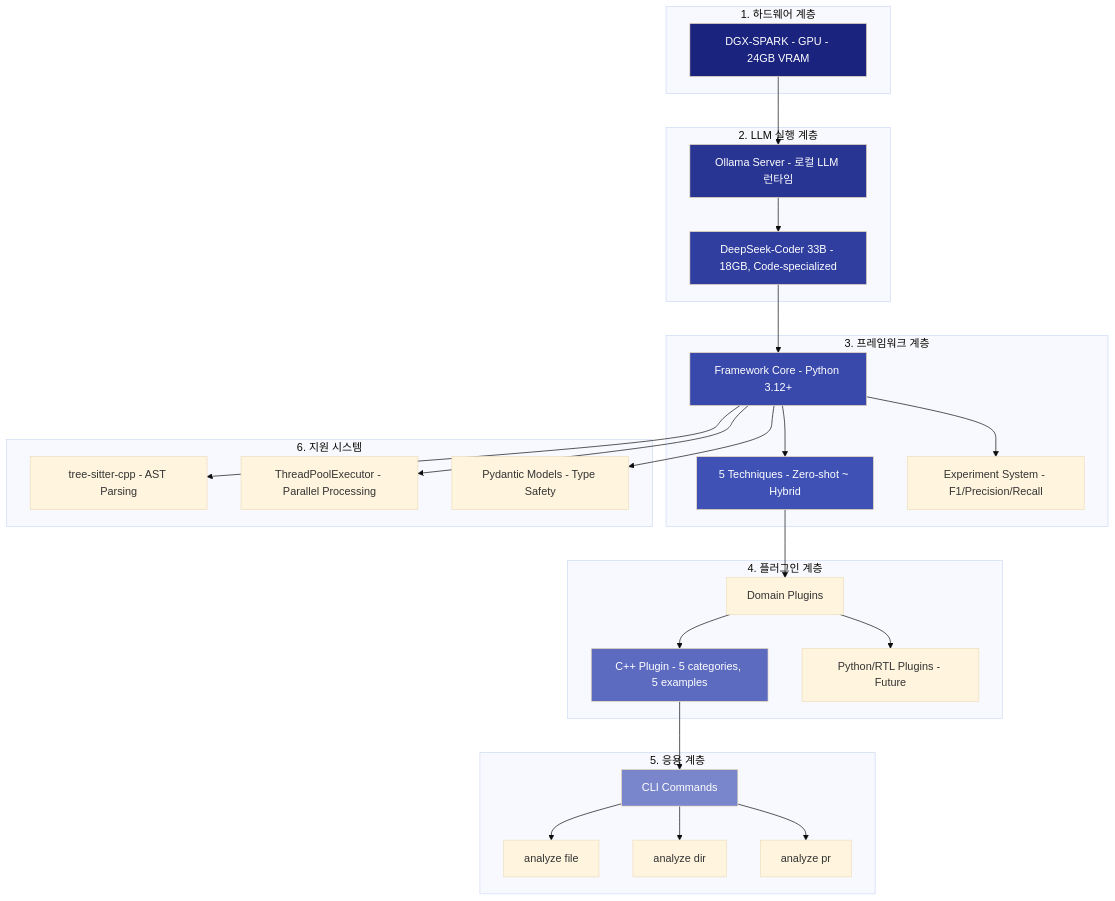
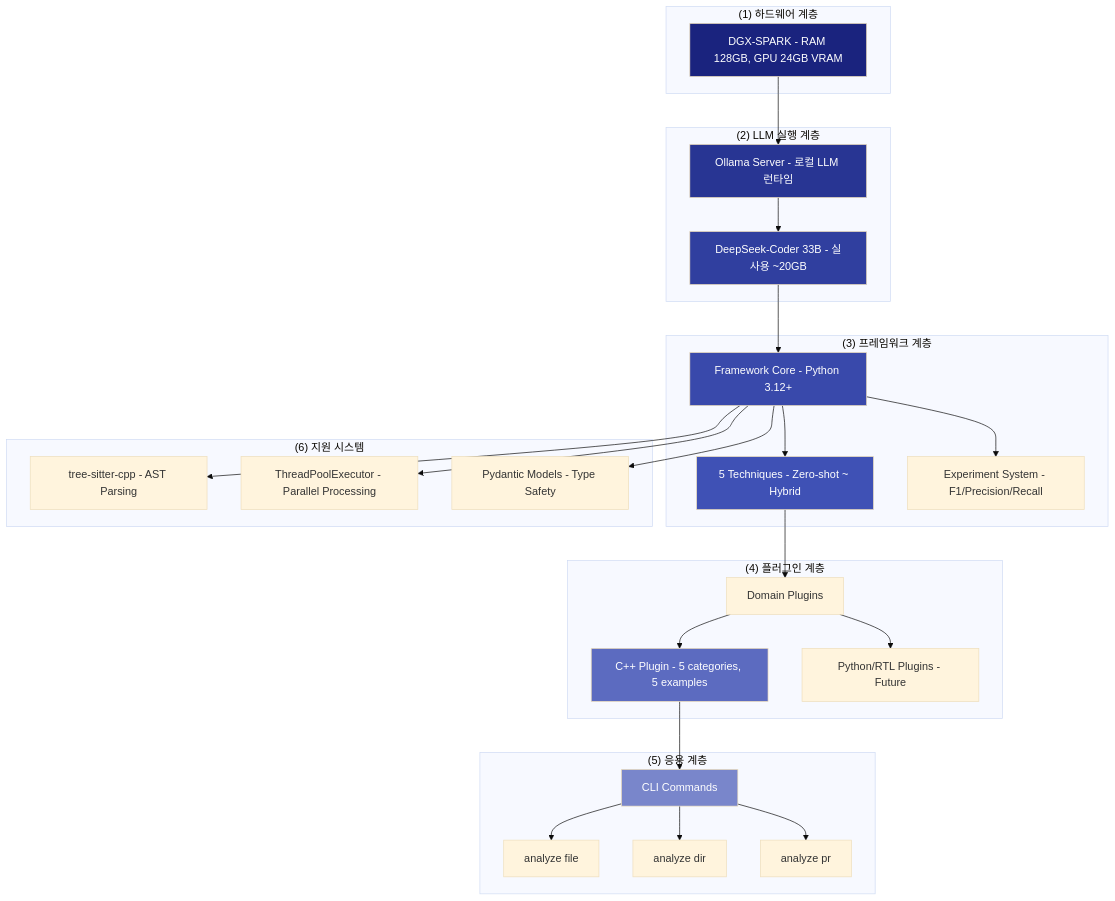
One commit to ApeachM/llm-code-reviewer changed the fourth of 39 diagrams in PRESENTATION.md. Above: the diagram before and after it, drawn with Mermaid (base theme). The commit also changed other lines of this file, not shown here.

````diff
--- a/PRESENTATION.md
+++ b/PRESENTATION.md
@@ -115,44 +123,44 @@
 ```mermaid
 graph TB
-    subgraph "1. 하드웨어 계층"
-        HW[DGX-SPARK - GPU - 24GB VRAM]
+    subgraph "(1) 하드웨어 계층"
+        HW[DGX-SPARK - RAM 128GB, GPU 24GB VRAM]
     end
 
-    subgraph "2. LLM 실행 계층"
+    subgraph "(2) LLM 실행 계층"
         HW --> Ollama[Ollama Server - 로컬 LLM 런타임]
-        Ollama --> Model[DeepSeek-Coder 33B - 18GB, Code-specialized]
+        Ollama --> Model[DeepSeek-Coder 33B - 실사용 ~20GB]
     end
 
-    subgraph "3. 프레임워크 계층"
+    subgraph "(3) 프레임워크 계층"
         Model --> Core[Framework Core - Python 3.12+]
         Core --> Tech[5 Techniques - Zero-shot ~ Hybrid]
         Core --> Eval[Experiment System - F1/Precision/Recall]
     end
 
-    subgraph "4. 플러그인 계층"
+    subgraph "(4) 플러그인 계층"
         Tech --> Plugin[Domain Plugins]
         Plugin --> Cpp[C++ Plugin - 5 categories, 5 examples]
         Plugin --> Future[Python/RTL Plugins - Future]
     end
 
-    subgraph "5. 응용 계층"
+    subgraph "(5) 응용 계층"
         Cpp --> CLI[CLI Commands]
         CLI --> File[analyze file]
         CLI --> Dir[analyze dir]
         CLI --> PR[analyze pr]
     end
 
-    subgraph "6. 지원 시스템"
+    subgraph "(6) 지원 시스템"
         Core --> TreeSitter[tree-sitter-cpp - AST Parsing]
         Core --> Parallel[ThreadPoolExecutor - Parallel Processing]
         Core --> Pydantic[Pydantic Models - Type Safety]
     end
 
     style HW fill:#1a237e,color:#fff
     style Ollama fill:#283593,color:#fff
     style Model fill:#303f9f,color:#fff
     style Core fill:#3949ab,color:#fff
     style Tech fill:#3f51b5,color:#fff
     style Cpp fill:#5c6bc0,color:#fff
     style CLI fill:#7986cb,color:#fff
 ```
````
